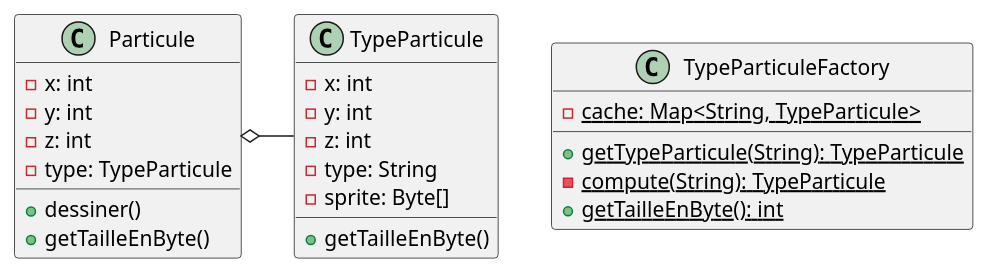
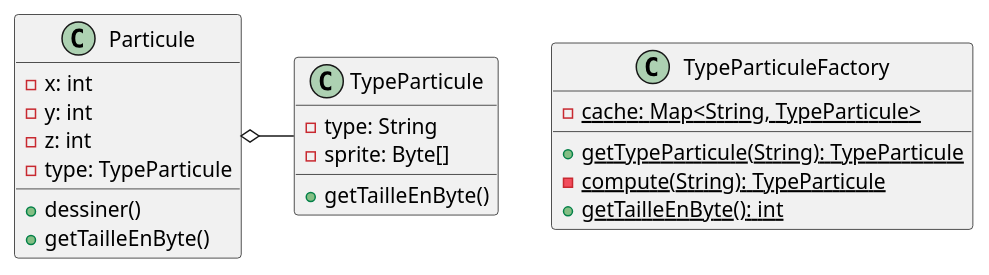
One commit to jandry/design-pattern changed the diagram in src/uml/flyweigth.puml. Above: the diagram before and after it, drawn with PlantUML. The commit also changed 1 other file, not shown here.

```diff
--- a/src/uml/flyweigth.puml
+++ b/src/uml/flyweigth.puml
@@ -1,30 +1,27 @@
 @startuml Flyweigth
 
 class Particule {
     - x: int
     - y: int
     - z: int
     - type: TypeParticule
     + dessiner()
     + getTailleEnByte()
 }
 
 class TypeParticule {
-    - x: int
-    - y: int
-    - z: int
     - type: String
     - sprite: Byte[]
     + getTailleEnByte()
 }
 
 class TypeParticuleFactory {
     {static} - cache: Map<String, TypeParticule>
     {static} + getTypeParticule(String): TypeParticule
     {static} - compute(String): TypeParticule
     {static} + getTailleEnByte(): int
 }
 
 Particule o-right- TypeParticule
 
 @enduml
```
